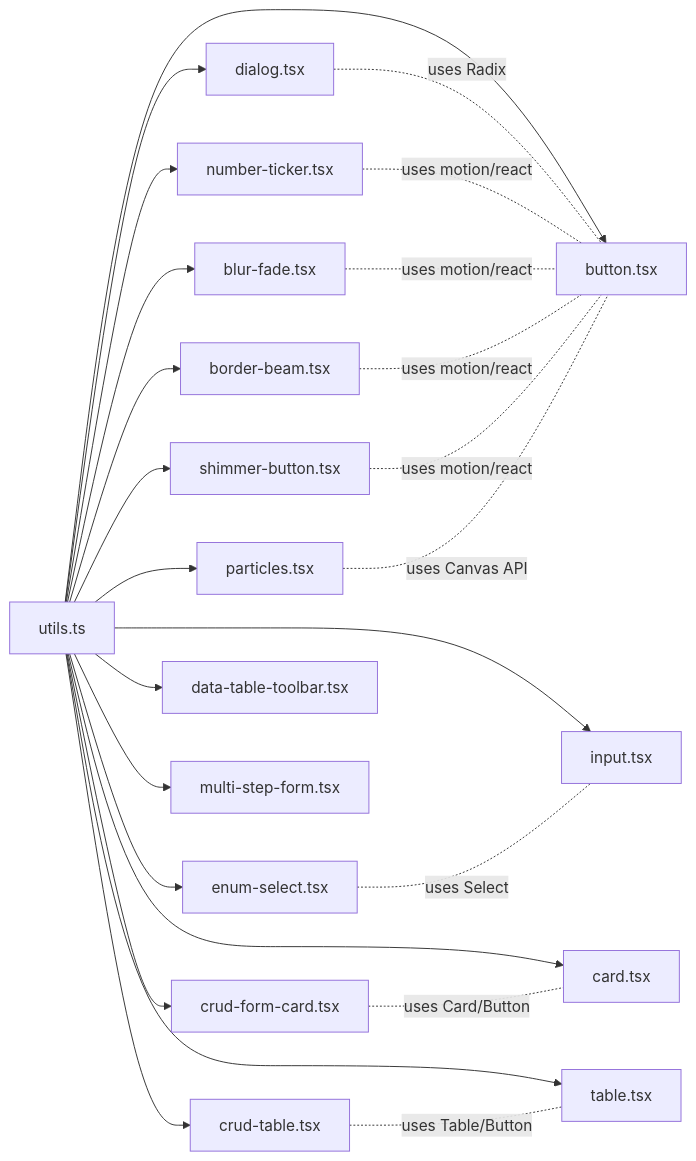
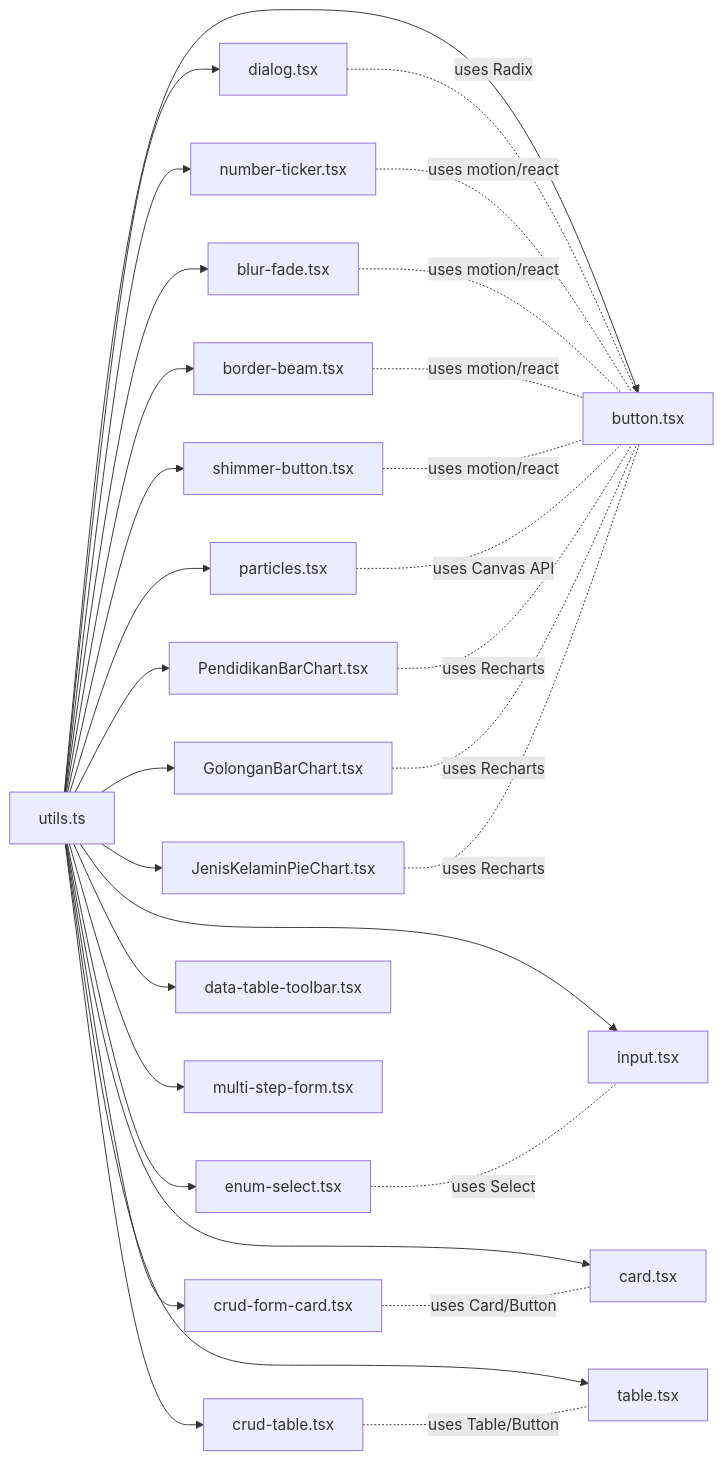
Before and after one commit to PA-Penajam/kepegawaian_apps: diagram 23 of 23 in .qoder/repowiki/en/content/Frontend Architecture/React Component System/React Component System.md, drawn with Mermaid. The commit also changed other lines of this file and 5 other files, not shown here.

````diff
--- a/.qoder/repowiki/en/content/Frontend Architecture/React Component System/React Component System.md
+++ b/.qoder/repowiki/en/content/Frontend Architecture/React Component System/React Component System.md
@@ -876,27 +1062,33 @@
 ```mermaid
 graph LR
 UTIL["utils.ts"] --> BTN["button.tsx"]
 UTIL --> INP["input.tsx"]
 UTIL --> CARD["card.tsx"]
 UTIL --> TABLE["table.tsx"]
 UTIL --> DLG["dialog.tsx"]
 UTIL --> NT["number-ticker.tsx"]
 UTIL --> BF["blur-fade.tsx"]
 UTIL --> BB["border-beam.tsx"]
 UTIL --> SB["shimmer-button.tsx"]
 UTIL --> PRT["particles.tsx"]
+UTIL --> PBC["PendidikanBarChart.tsx"]
+UTIL --> GBC["GolonganBarChart.tsx"]
+UTIL --> JKPC["JenisKelaminPieChart.tsx"]
 UTIL --> CFC["crud-form-card.tsx"]
 UTIL --> CTBL["crud-table.tsx"]
 UTIL --> DTT["data-table-toolbar.tsx"]
 UTIL --> MSF["multi-step-form.tsx"]
 UTIL --> ENUMSEL["enum-select.tsx"]
 DLG -. uses Radix .- BTN
 NT -. uses motion/react .- BTN
 BF -. uses motion/react .- BTN
 BB -. uses motion/react .- BTN
 SB -. uses motion/react .- BTN
 PRT -. uses Canvas API .- BTN
+PBC -. uses Recharts .- BTN
+GBC -. uses Recharts .- BTN
+JKPC -. uses Recharts .- BTN
 ENUMSEL -. uses Select .- INP
 CFC -. uses Card/Button .- CARD
 CTBL -. uses Table/Button .- TABLE
 ```
````
